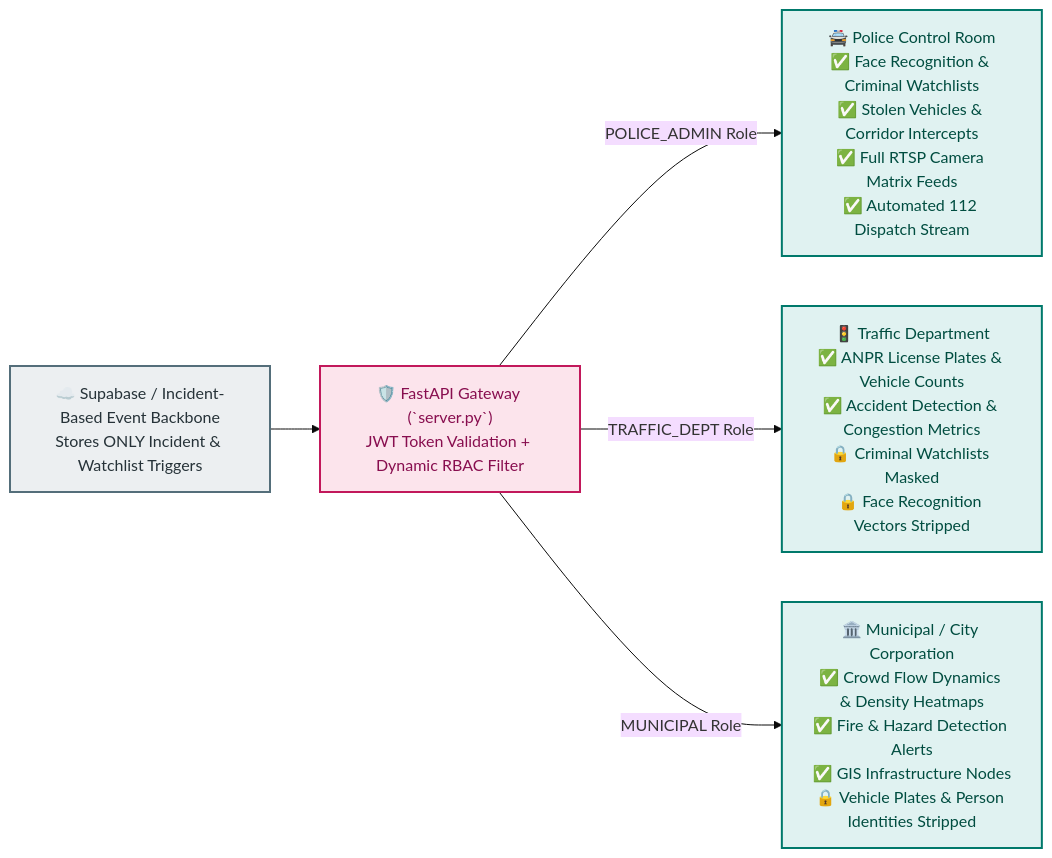
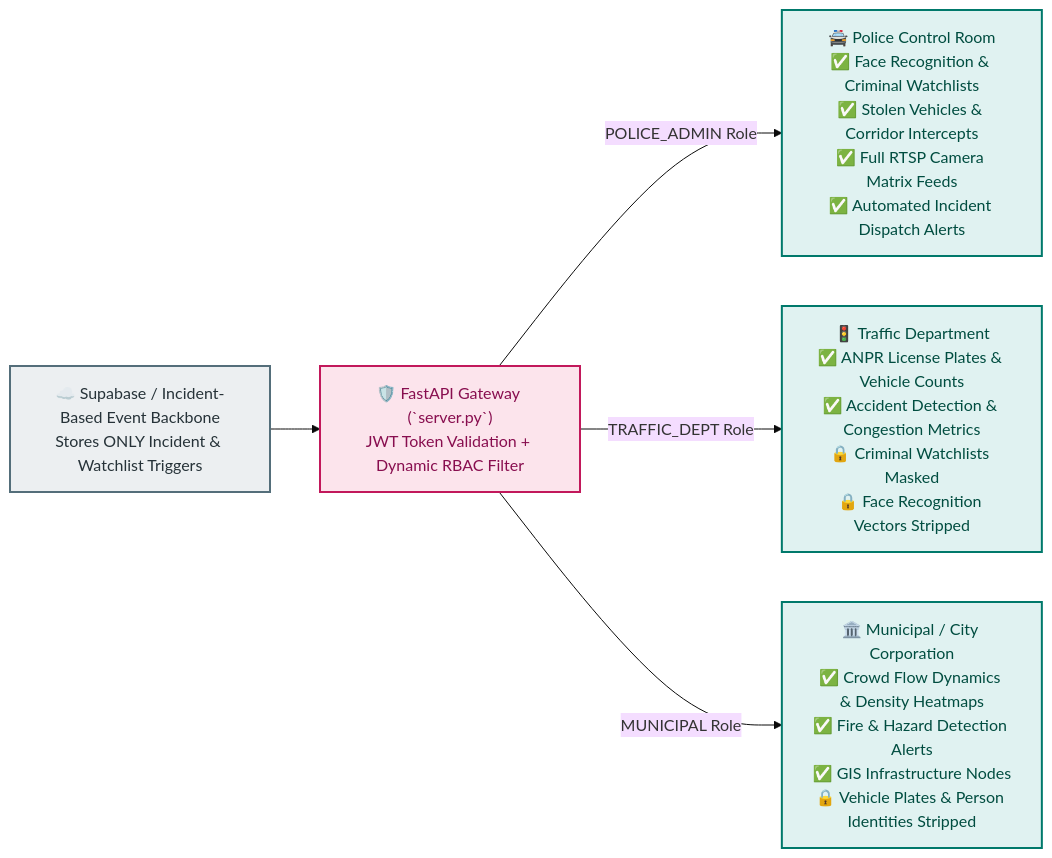
Before and after one commit to hpharsh17/gujarathackathon-sentinel-ai: the fourth of 5 diagrams in SYSTEM_ARCHITECTURE.md, drawn with Mermaid (base theme). The commit also changed other lines of this file, not shown here.

````diff
--- a/SYSTEM_ARCHITECTURE.md
+++ b/SYSTEM_ARCHITECTURE.md
@@ -273,14 +273,14 @@
 ```mermaid
 flowchart LR
     classDef src fill:#ECEFF1,stroke:#546E7A,stroke-width:2px,color:#263238;
     classDef gw fill:#FCE4EC,stroke:#C2185B,stroke-width:2px,color:#880E4F;
     classDef dept fill:#E0F2F1,stroke:#00796B,stroke-width:2px,color:#004D40;
 
     SupaEvents["☁️ Supabase / Incident-Based Event Backbone\nStores ONLY Incident & Watchlist Triggers"]:::src --> GW["🛡️ FastAPI Gateway (`server.py`)\nJWT Token Validation + Dynamic RBAC Filter"]:::gw
 
-    GW -->|POLICE_ADMIN Role| P["🚔 Police Control Room\n✅ Face Recognition & Criminal Watchlists\n✅ Stolen Vehicles & Corridor Intercepts\n✅ Full RTSP Camera Matrix Feeds\n✅ Automated 112 Dispatch Stream"]:::dept
+    GW -->|POLICE_ADMIN Role| P["🚔 Police Control Room\n✅ Face Recognition & Criminal Watchlists\n✅ Stolen Vehicles & Corridor Intercepts\n✅ Full RTSP Camera Matrix Feeds\n✅ Automated Incident Dispatch Alerts"]:::dept
 
     GW -->|TRAFFIC_DEPT Role| T["🚦 Traffic Department\n✅ ANPR License Plates & Vehicle Counts\n✅ Accident Detection & Congestion Metrics\n🔒 Criminal Watchlists Masked\n🔒 Face Recognition Vectors Stripped"]:::dept
 
     GW -->|MUNICIPAL Role| M["🏛️ Municipal / City Corporation\n✅ Crowd Flow Dynamics & Density Heatmaps\n✅ Fire & Hazard Detection Alerts\n✅ GIS Infrastructure Nodes\n🔒 Vehicle Plates & Person Identities Stripped"]:::dept
 ```
````
